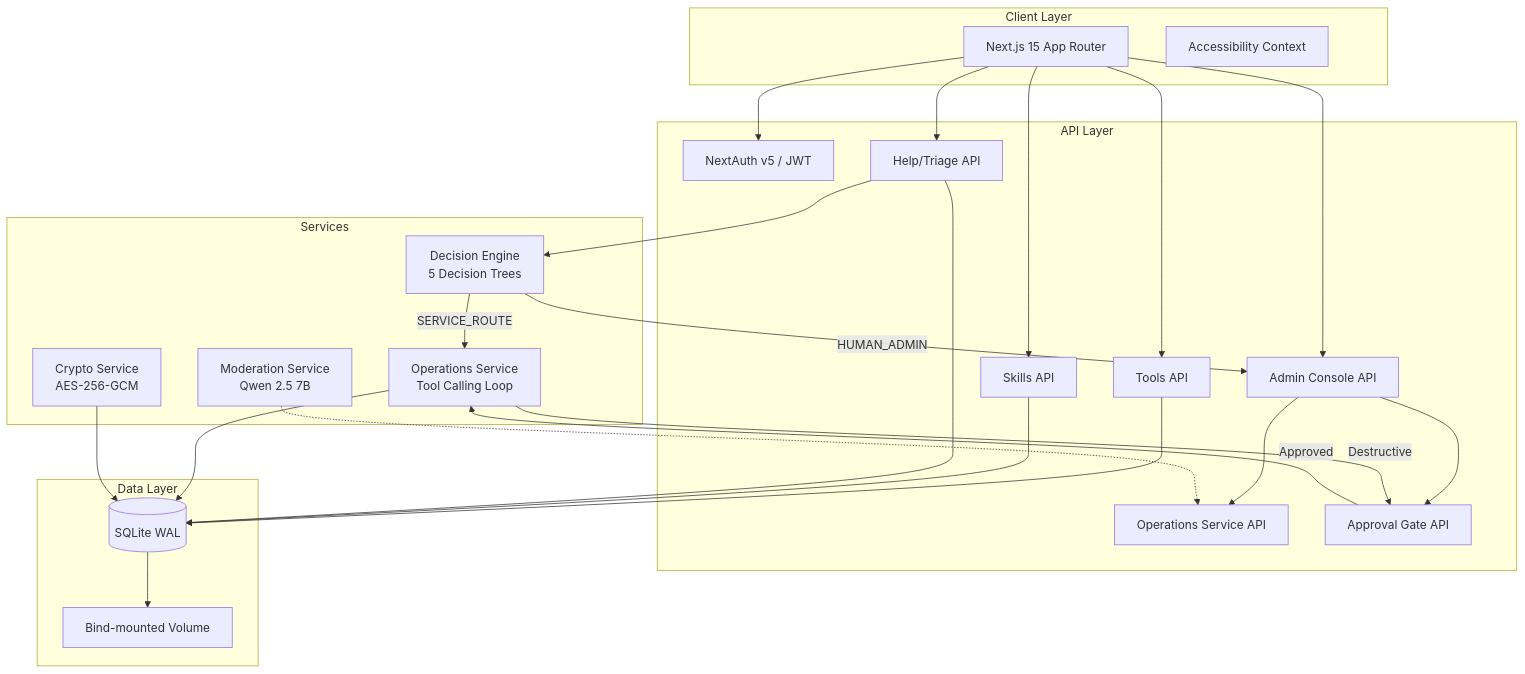
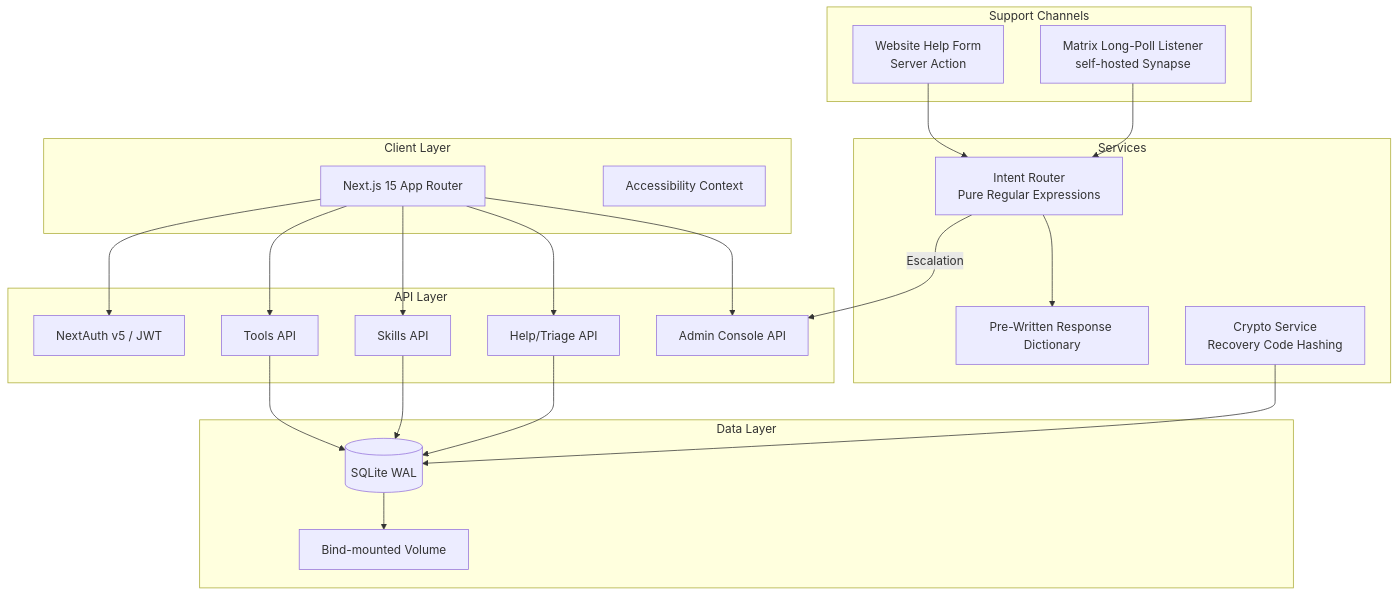
Before and after one commit to csanders01914/toolslibrary: the first of 2 diagrams in README.md, drawn with Mermaid. The commit also changed other lines of this file and 73 other files, not shown here.

````diff
--- a/README.md
+++ b/README.md
@@ -48,49 +49,46 @@
 ```mermaid
 graph TB
     subgraph "Client Layer"
         UI[Next.js 15 App Router]
         WS[Accessibility Context]
+    end
+
+    subgraph "Support Channels"
+        FORM[Website Help Form<br/>Server Action]
+        MATRIX[Matrix Long-Poll Listener<br/>self-hosted Synapse]
     end
 
     subgraph "API Layer"
         AUTH[NextAuth v5 / JWT]
         TOOLS[Tools API]
         SKILLS[Skills API]
         HELP[Help/Triage API]
         ADMIN[Admin Console API]
-        OPS[Operations Service API]
-        APPROVAL[Approval Gate API]
     end
 
     subgraph "Services"
-        TRIAGE[Decision Engine<br/>5 Decision Trees]
-        SERVICE[Operations Service<br/>Tool Calling Loop]
-        MOD[Moderation Service<br/>Qwen 2.5 7B]
-        CRYPTO[Crypto Service<br/>AES-256-GCM]
+        TRIAGE[Intent Router<br/>Pure Regular Expressions]
+        RESPONSES[Pre-Written Response Dictionary]
+        CRYPTO[Crypto Service<br/>Recovery Code Hashing]
     end
 
     subgraph "Data Layer"
         DB[(SQLite WAL)]
         VOL[Bind-mounted Volume]
     end
 
     UI --> AUTH
     UI --> TOOLS
     UI --> SKILLS
     UI --> HELP
     UI --> ADMIN
-    ADMIN --> OPS
-    ADMIN --> APPROVAL
-    HELP --> TRIAGE
-    TRIAGE -->|SERVICE_ROUTE| SERVICE
-    TRIAGE -->|HUMAN_ADMIN| ADMIN
-    SERVICE -->|Destructive| APPROVAL
-    APPROVAL -->|Approved| SERVICE
-    SERVICE --> DB
+    FORM --> TRIAGE
+    MATRIX --> TRIAGE
+    TRIAGE --> RESPONSES
+    TRIAGE -->|Escalation| ADMIN
     TOOLS --> DB
     SKILLS --> DB
     HELP --> DB
-    MOD -.-> OPS
     CRYPTO --> DB
     DB --> VOL
 ```
````
